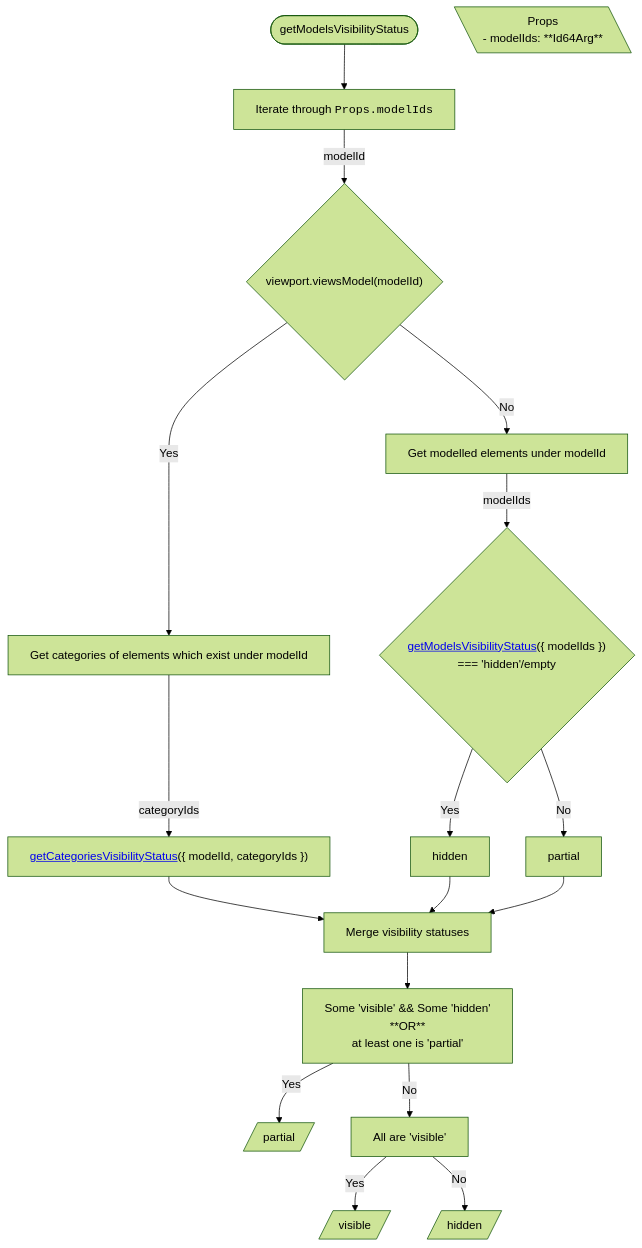
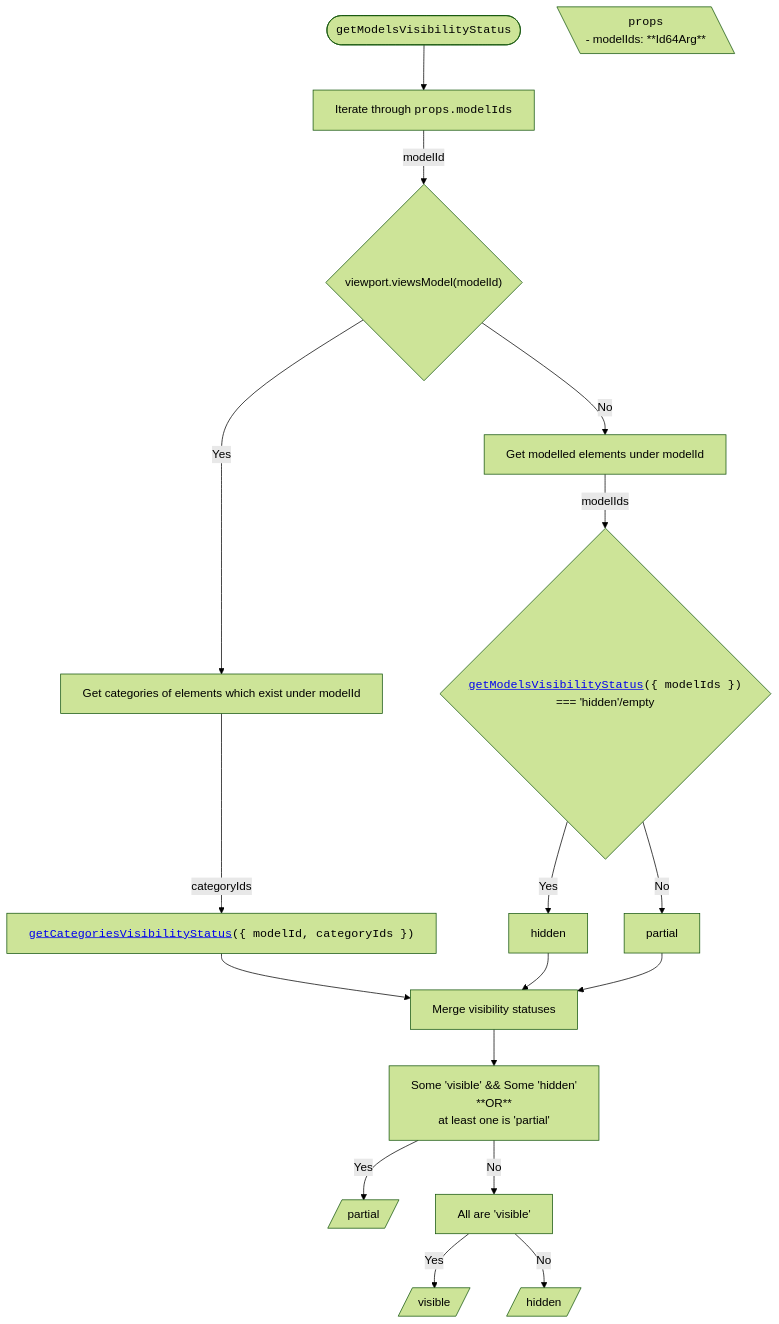
One commit to iTwin/viewer-components-react changed the second of 6 diagrams in packages/itwin/tree-widget/docs/SharedVisibilityHandling.md. Above: the diagram before and after it, drawn with Mermaid (forest theme). The commit also changed other lines of this file and 4 other files, not shown here.

````diff
--- a/packages/itwin/tree-widget/docs/SharedVisibilityHandling.md
+++ b/packages/itwin/tree-widget/docs/SharedVisibilityHandling.md
@@ -65,47 +75,47 @@
 ```mermaid
 ---
 config:
   flowchart:
     wrappingWidth: 750
     useMaxWidth: false
 ---
 
 flowchart TD
   RESULT_Partial[/partial/]
   RESULT_Visible[/visible/]
   RESULT_Hidden[/hidden/]
 
   %% Start
-  TITLE([getModelsVisibilityStatus]) --> A[Iterate through <code>Props.modelIds</code>]
+  TITLE(["<code>getModelsVisibilityStatus</code>"]) --> A[Iterate through <code>props.modelIds</code>]
 
   PROPS[\"
-    Props
+    <code>props</code>
     <div style='text-align: left;'>- modelIds: **Id64Arg**</div>
   "\]
 
   A -- modelId --> B{"viewport.viewsModel(modelId)"}
 
   %% Branch Yes
   B -- Yes --> C1[Get categories of elements which exist under modelId]
-  C1 -- categoryIds --> D1["<a href='#getcategoriesvisibilitystatus'>getCategoriesVisibilityStatus</a>({ modelId, categoryIds })"]
+  C1 -- categoryIds --> D1["<code><a href='#getcategoriesvisibilitystatus'>getCategoriesVisibilityStatus</a>({ modelId, categoryIds })</code>"]
 
   %% Branch No
   B -- No --> C2[Get modelled elements under modelId]
-  C2 -- modelIds --> D2{"<a href='#getmodelsvisibilitystatus'>getModelsVisibilityStatus</a>({ modelIds }) <br/> === 'hidden'/empty"}
+  C2 -- modelIds --> D2{"<code><a href='#getmodelsvisibilitystatus'>getModelsVisibilityStatus</a>({ modelIds })</code> <br/> === 'hidden'/empty"}
   D2 -- Yes --> E1[hidden]
   D2 -- No --> E2[partial]
 
   %% Merge
   D1 --> M[Merge visibility statuses]
   E1 --> M
   E2 --> M
 
   M --> N[Some 'visible' && Some 'hidden' <br/> **OR** <br/> at least one is 'partial']
 
   N -- Yes --> RESULT_Partial
 
   N -- No --> O[All are 'visible']
 
   O -- Yes --> RESULT_Visible
   O -- No --> RESULT_Hidden
 ```
````
